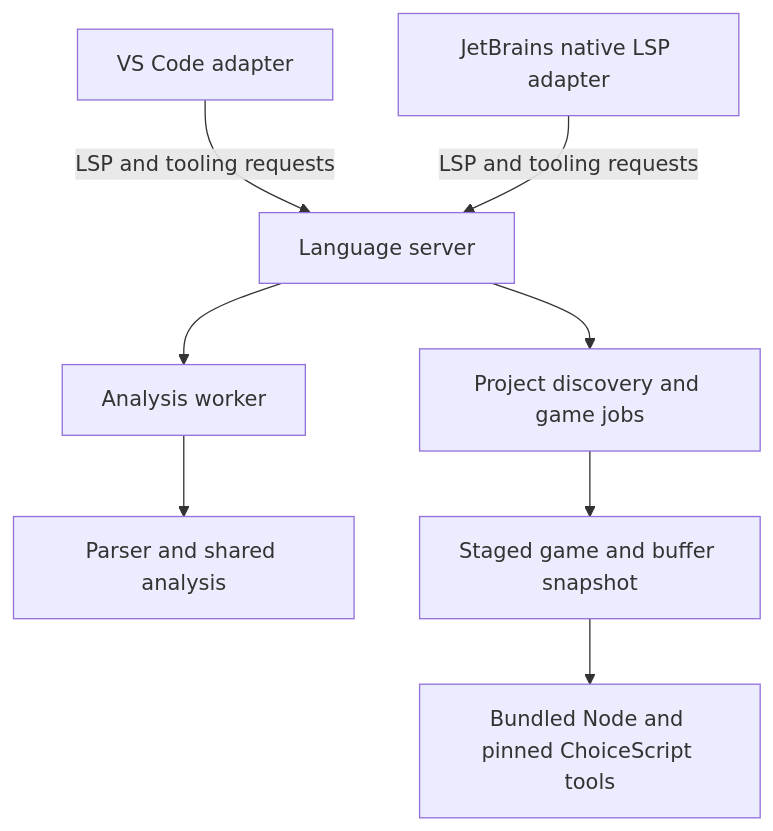
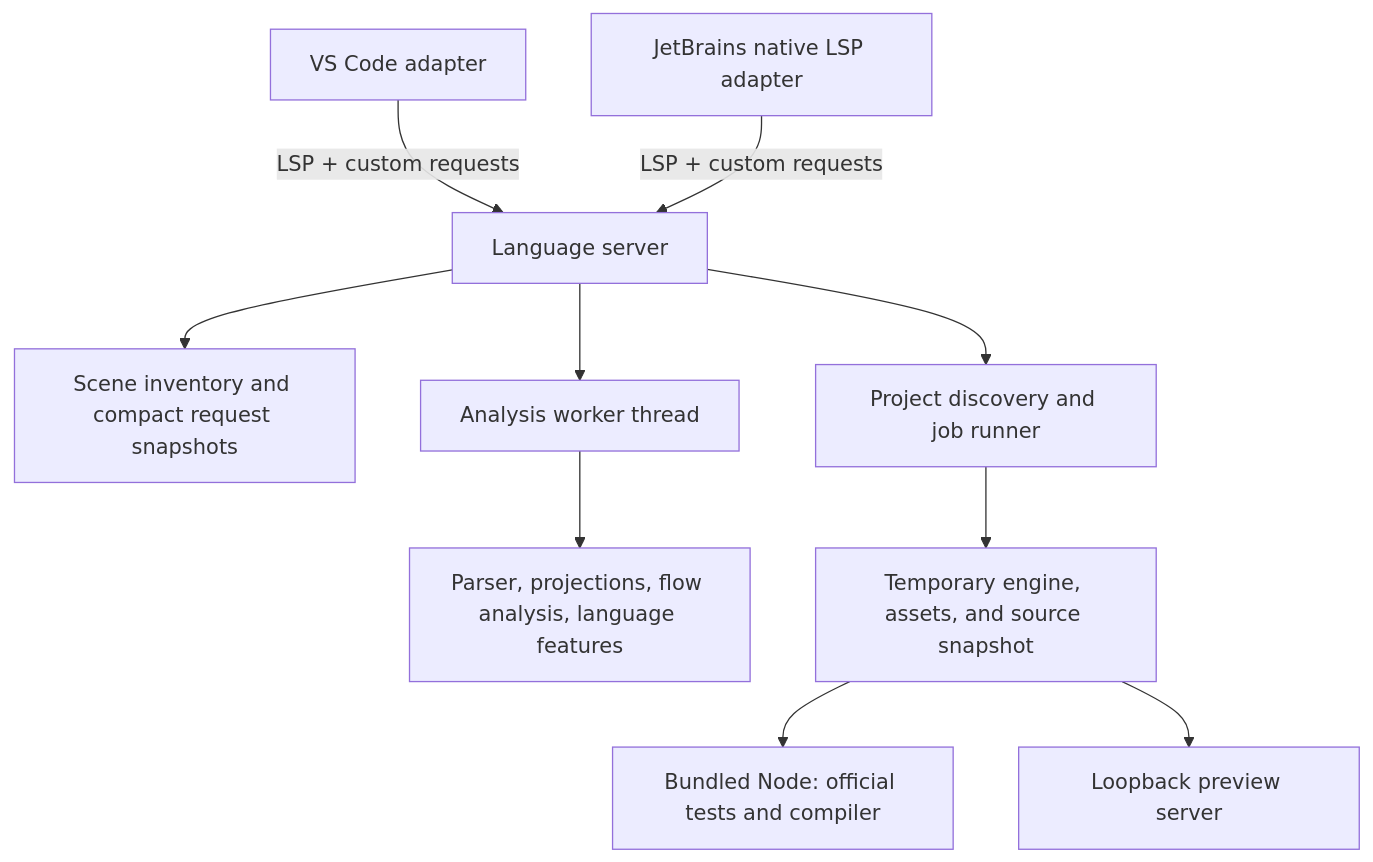
One commit to bifoil/bifoil-choicescript changed the diagram in docs/architecture.md. Above: the diagram before and after it, drawn with Mermaid. The commit also changed other lines of this file and 26 other files, not shown here.

````diff
--- a/docs/architecture.md
+++ b/docs/architecture.md
@@ -7,10 +7,12 @@
 ```mermaid
 flowchart TD
-    VS[VS Code adapter] -->|LSP and tooling requests| Server[Language server]
-    JB[JetBrains native LSP adapter] -->|LSP and tooling requests| Server
-    Server --> Worker[Analysis worker]
-    Worker --> Core[Parser and shared analysis]
-    Server --> Tooling[Project discovery and game jobs]
-    Tooling --> Stage[Staged game and buffer snapshot]
-    Stage --> Runtime[Bundled Node and pinned ChoiceScript tools]
+    VS["VS Code adapter"] -->|"LSP + custom requests"| LS["Language server"]
+    JB["JetBrains native LSP adapter"] -->|"LSP + custom requests"| LS
+    LS --> IX["Scene inventory and compact request snapshots"]
+    LS --> AW["Analysis worker thread"]
+    AW --> CORE["Parser, projections, flow analysis, language features"]
+    LS --> TOOL["Project discovery and job runner"]
+    TOOL --> STAGE["Temporary engine, assets, and source snapshot"]
+    STAGE --> CHILD["Bundled Node: official tests and compiler"]
+    STAGE --> HTTP["Loopback preview server"]
 ```
````
